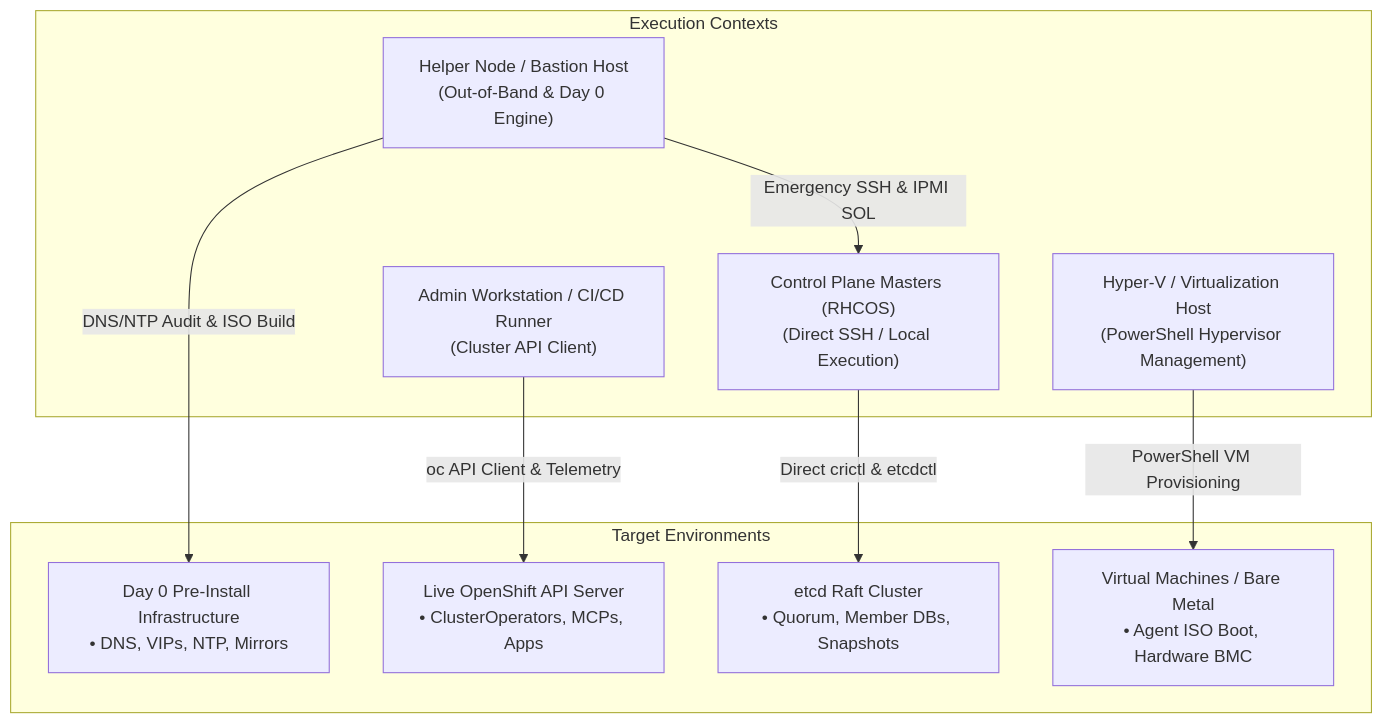
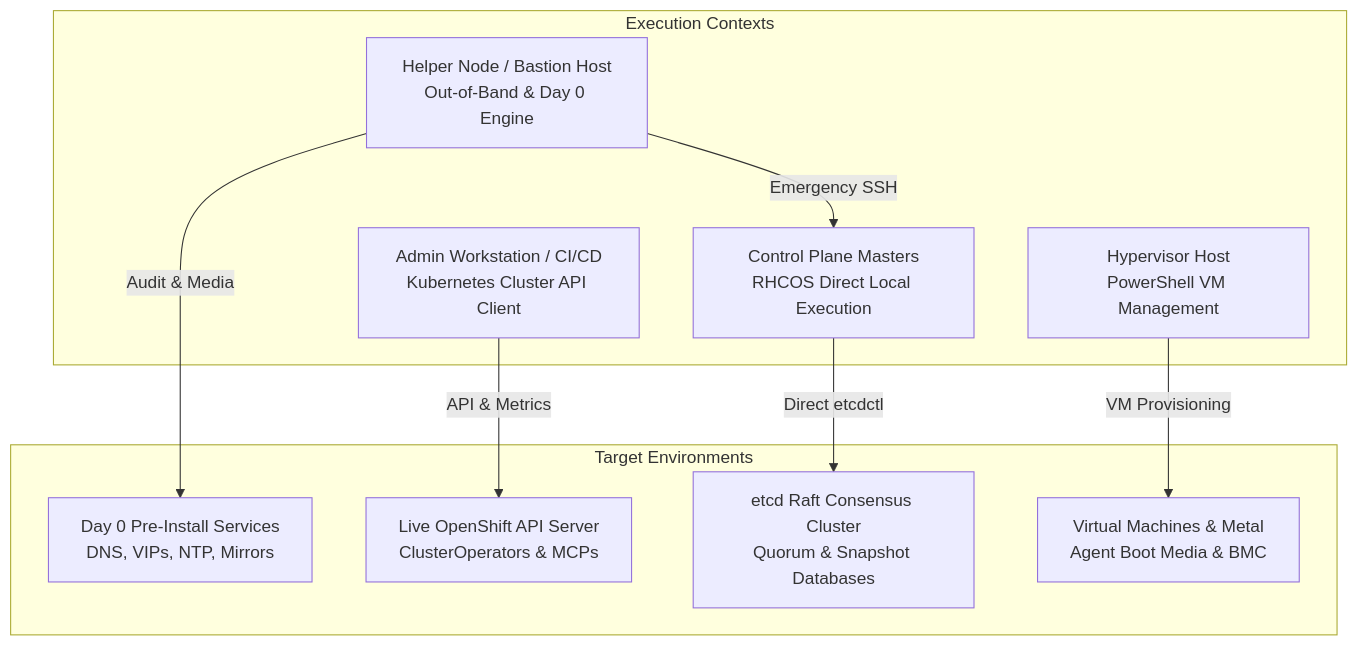
Before and after one commit to nubenetes/openshift-4-20-installation-day0-day2: the first of 6 diagrams in scripts/README.md, drawn with Mermaid. The commit also changed other lines of this file, not shown here.

Commit message:
fix(docs): optimize mermaid diagram boxes, text breaks and flow orientation in scripts/README.md

````diff
--- a/scripts/README.md
+++ b/scripts/README.md
@@ -41,22 +41,22 @@
 ```mermaid
 flowchart TD
-    subgraph Execution Contexts
-        HN["Helper Node / Bastion Host<br/>(Out-of-Band & Day 0 Engine)"]
-        WS["Admin Workstation / CI/CD Runner<br/>(Cluster API Client)"]
-        CP["Control Plane Masters (RHCOS)<br/>(Direct SSH / Local Execution)"]
-        HV["Hyper-V / Virtualization Host<br/>(PowerShell Hypervisor Management)"]
+    subgraph CTX["Execution Contexts"]
+        HN["Helper Node / Bastion Host<br/>Out-of-Band &amp; Day 0 Engine"]
+        WS["Admin Workstation / CI/CD<br/>Kubernetes Cluster API Client"]
+        CP["Control Plane Masters<br/>RHCOS Direct Local Execution"]
+        HV["Hypervisor Host<br/>PowerShell VM Management"]
     end
 
-    subgraph Target Environments
-        PRE["Day 0 Pre-Install Infrastructure<br/>• DNS, VIPs, NTP, Mirrors"]
-        API["Live OpenShift API Server<br/>• ClusterOperators, MCPs, Apps"]
-        ETCD["etcd Raft Cluster<br/>• Quorum, Member DBs, Snapshots"]
-        VMS["Virtual Machines / Bare Metal<br/>• Agent ISO Boot, Hardware BMC"]
+    subgraph ENV["Target Environments"]
+        PRE["Day 0 Pre-Install Services<br/>DNS, VIPs, NTP, Mirrors"]
+        API["Live OpenShift API Server<br/>ClusterOperators &amp; MCPs"]
+        ETCD["etcd Raft Consensus Cluster<br/>Quorum &amp; Snapshot Databases"]
+        VMS["Virtual Machines &amp; Metal<br/>Agent Boot Media &amp; BMC"]
     end
 
-    HN -->|"DNS/NTP Audit & ISO Build"| PRE
-    HN -->|"Emergency SSH & IPMI SOL"| CP
-    WS -->|"oc API Client & Telemetry"| API
-    CP -->|"Direct crictl & etcdctl"| ETCD
-    HV -->|"PowerShell VM Provisioning"| VMS
+    HN -->|"Audit &amp; Media"| PRE
+    HN -->|"Emergency SSH"| CP
+    WS -->|"API &amp; Metrics"| API
+    CP -->|"Direct etcdctl"| ETCD
+    HV -->|"VM Provisioning"| VMS
 ```
````
